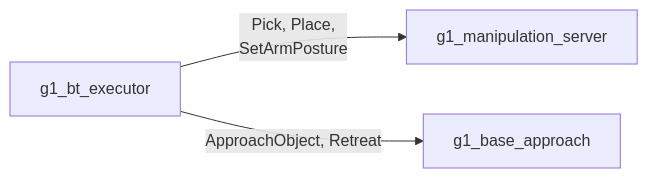
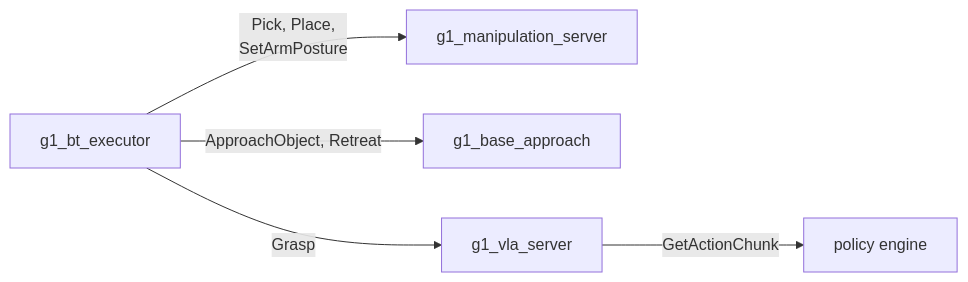
Before and after one commit to Adyansh04/grove-g1: the diagram in workspace/src/g1_msgs/README.md, drawn with Mermaid. The commit also changed other lines of this file and 4 other files, not shown here.

Commit message:
Add Grasp action and GetActionChunk service to g1_msgs

````diff
--- a/workspace/src/g1_msgs/README.md
+++ b/workspace/src/g1_msgs/README.md
@@ -8,5 +9,7 @@
 ```mermaid
 flowchart LR
     BT["g1_bt_executor"] -- "Pick, Place,<br/>SetArmPosture" --> MS["g1_manipulation_server"]
     BT -- "ApproachObject, Retreat" --> BA["g1_base_approach"]
+    BT -- "Grasp" --> VS["g1_vla_server"]
+    VS -- "GetActionChunk" --> PE["policy engine"]
 ```
````
